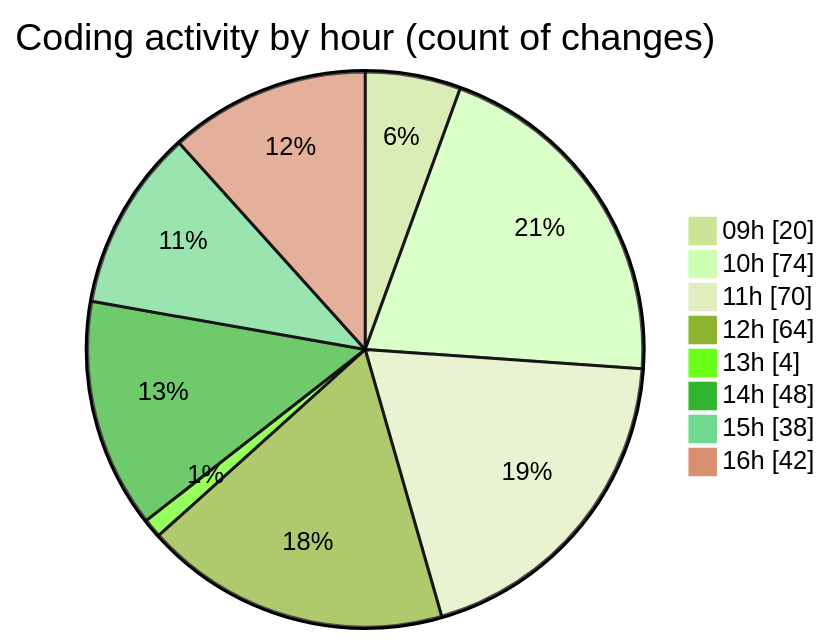
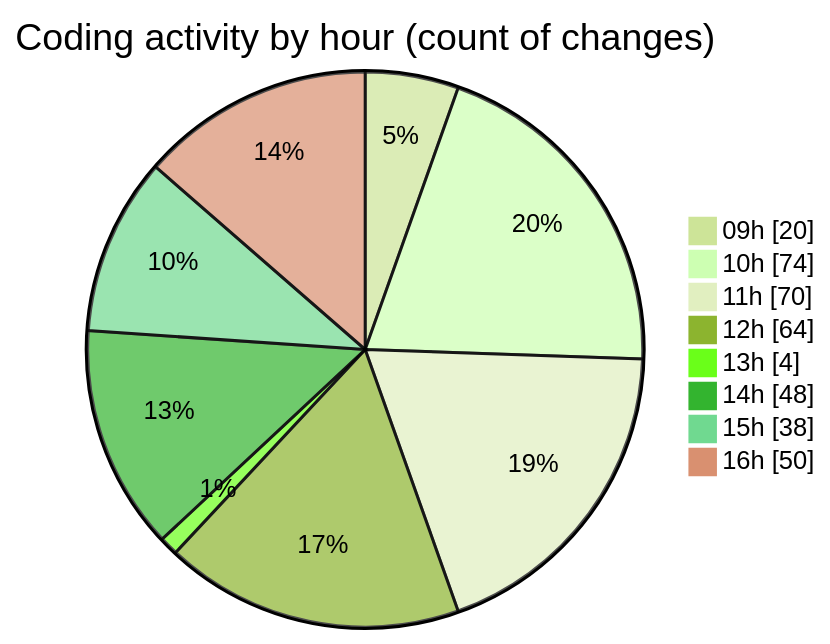
One commit to CELIANVF/code-tracking changed the second of 2 diagrams in 2025-06-06/ecodeli-1/README.md. Above: the diagram before and after it, drawn with Mermaid (forest theme). The commit also changed other lines of this file and 1 other file, not shown here.

````diff
--- a/2025-06-06/ecodeli-1/README.md
+++ b/2025-06-06/ecodeli-1/README.md
@@ -116,12 +116,12 @@
 ```mermaid
 pie showData
 title Coding activity by hour (count of changes)
 "09h" : 20
 "10h" : 74
 "11h" : 70
 "12h" : 64
 "13h" : 4
 "14h" : 48
 "15h" : 38
-"16h" : 42
+"16h" : 50
 ```
````
